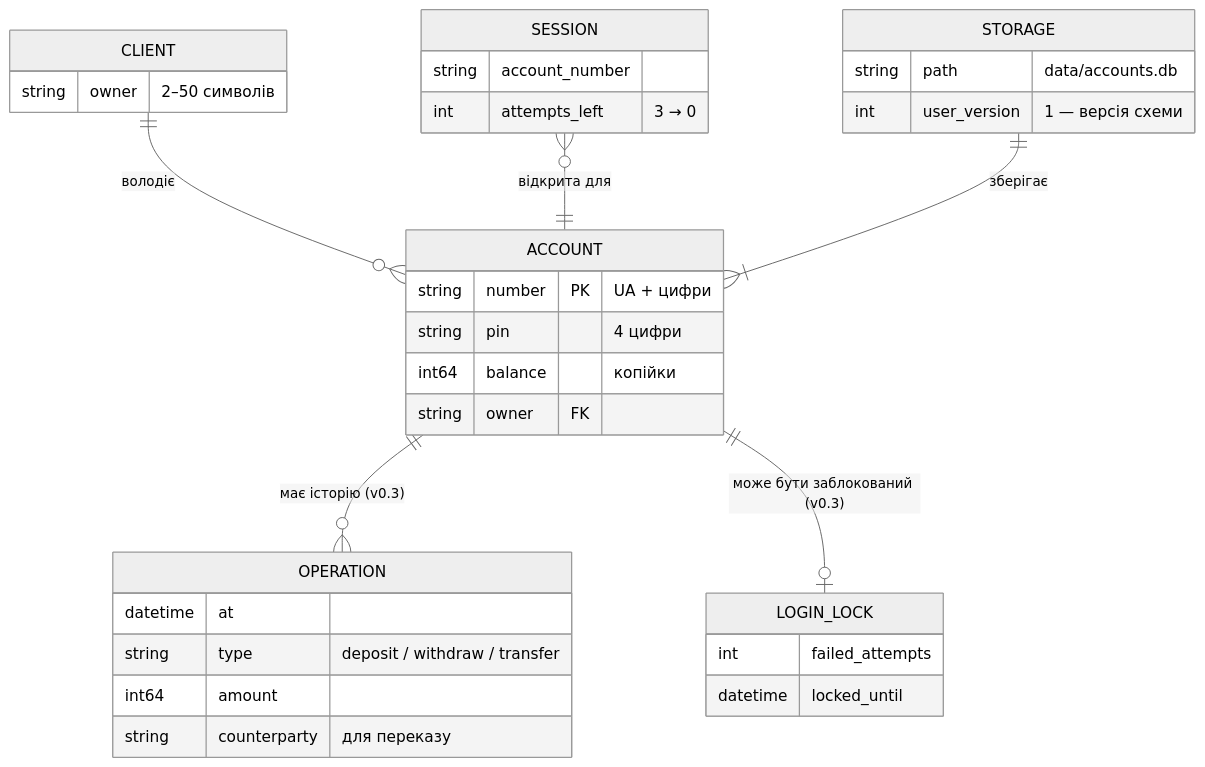
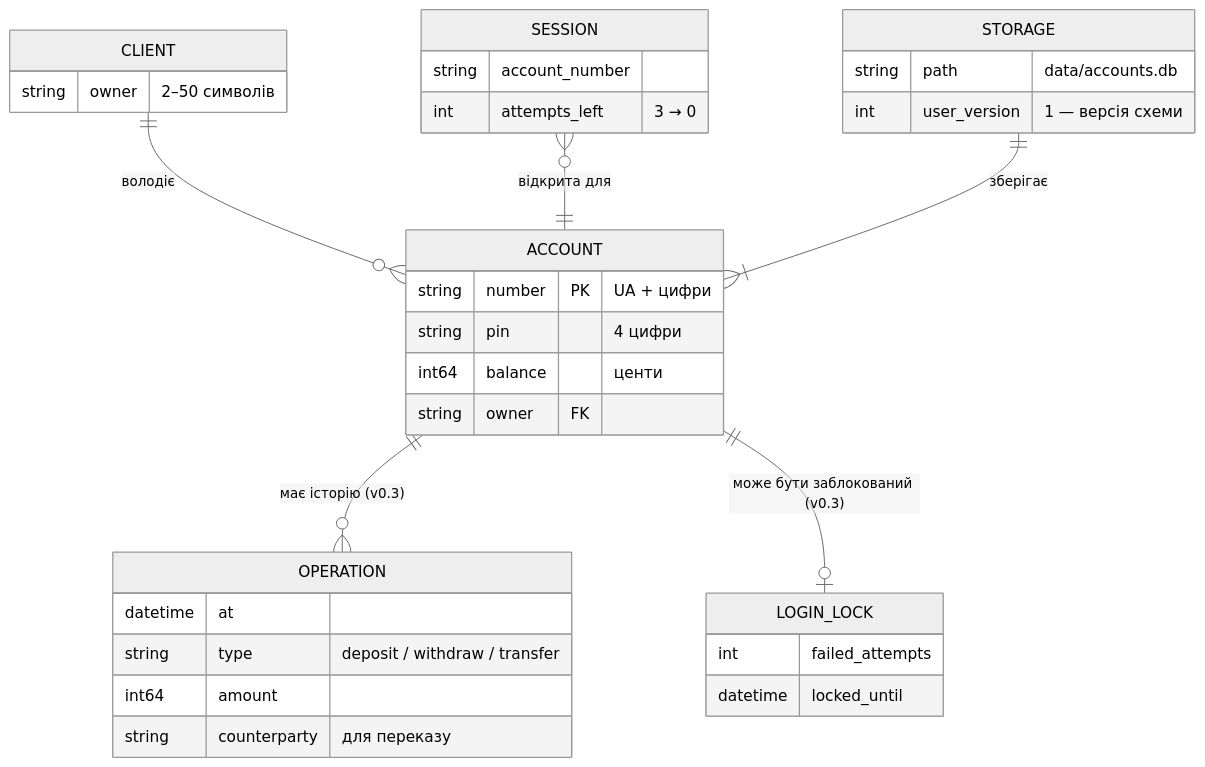
One commit to dyrikos/product-banksystem changed the diagram in 3-implementation/data-model.md. Above: the diagram before and after it, drawn with Mermaid (neutral theme). The commit also changed other lines of this file and 29 other files, not shown here.

````diff
--- a/3-implementation/data-model.md
+++ b/3-implementation/data-model.md
@@ -7,35 +7,35 @@
 ```mermaid
 erDiagram
     CLIENT ||--o{ ACCOUNT : "володіє"
     ACCOUNT ||--o{ OPERATION : "має історію (v0.3)"
     ACCOUNT ||--o| LOGIN_LOCK : "може бути заблокований (v0.3)"
     SESSION }o--|| ACCOUNT : "відкрита для"
     STORAGE ||--|{ ACCOUNT : "зберігає"
     CLIENT {
         string owner "2–50 символів"
     }
     ACCOUNT {
         string number PK "UA + цифри"
         string pin "4 цифри"
-        int64 balance "копійки"
+        int64 balance "центи"
         string owner FK
     }
     OPERATION {
         datetime at
         string type "deposit / withdraw / transfer"
         int64 amount
         string counterparty "для переказу"
     }
     LOGIN_LOCK {
         int failed_attempts
         datetime locked_until
     }
     SESSION {
         string account_number
         int attempts_left "3 → 0"
     }
     STORAGE {
         string path "data/accounts.db"
         int user_version "1 — версія схеми"
     }
 ```
````
